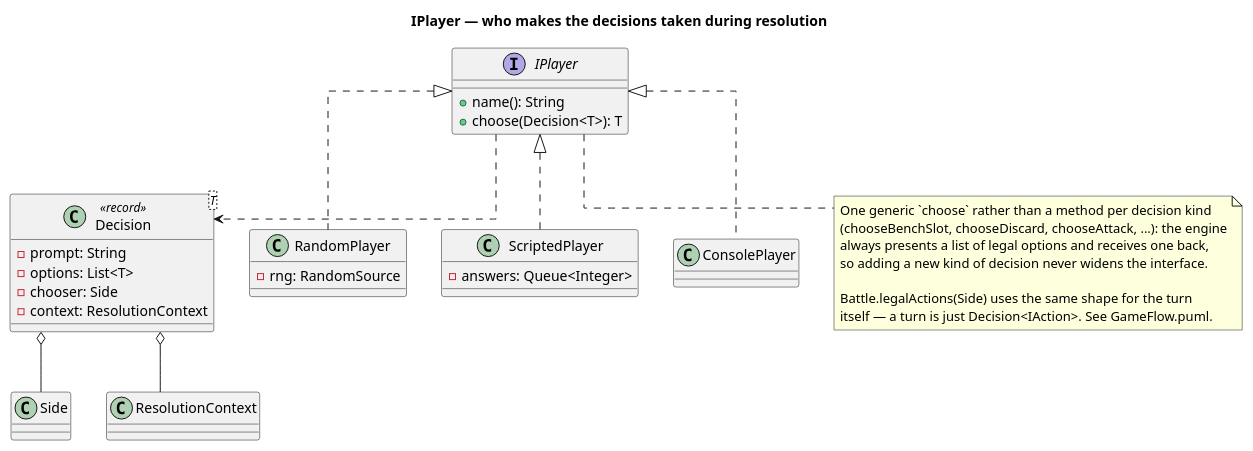
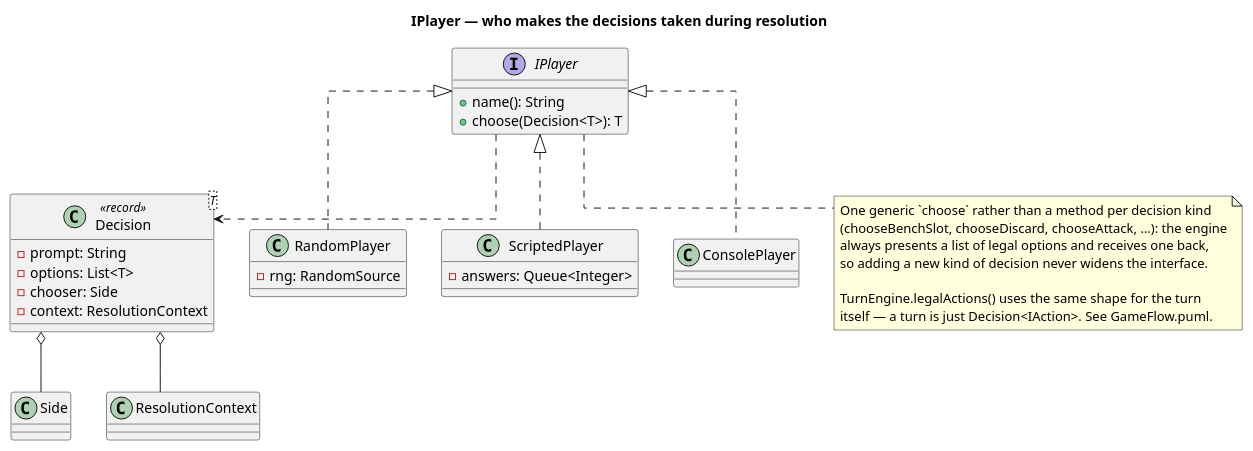
One commit to Richie-Moon/TCGPocketBattler changed the diagram in docs/UML/IPlayer.puml. Above: the diagram before and after it, drawn with PlantUML. The commit also changed 21 other files, not shown here.

First line of the commit message:
feat(engine): Added TurnEngine and discard of the whole evolution stack

```diff
--- a/docs/UML/IPlayer.puml
+++ b/docs/UML/IPlayer.puml
@@ -1,54 +1,54 @@
 @startuml
 title IPlayer — who makes the decisions taken during resolution
 
 skinparam linetype ortho
 
 /'
   Several things cannot be decided when a card is constructed, only when it
   resolves: ChoiceAction picks a branch, ChosenFrom picks a bench slot, a
   knockout forces a replacement active. All of them route through here.
 '/
 
 interface IPlayer {
     + name(): String
     + choose(Decision<T>): T
 }
 
 class "Decision<T>" as Decision <<record>> {
     - prompt: String
     - options: List<T>
     /' Not always the controller — plenty of cards make the OPPONENT choose. '/
     - chooser: Side
     - context: ResolutionContext
 }
 
 /' Picks uniformly from a seeded RandomSource. Self-play, fuzzing, and a
    baseline to measure any real AI against. '/
 class RandomPlayer implements IPlayer {
     - rng: RandomSource
 }
 
 /' Replays a fixed list of answers, failing loudly if the game asks a question
    the script did not anticipate. This is what makes rule tests deterministic
    and readable. '/
 class ScriptedPlayer implements IPlayer {
     - answers: Queue<Integer>
 }
 
 class ConsolePlayer implements IPlayer {}
 
 IPlayer ..> Decision
 Decision o-- Side
 Decision o-- ResolutionContext
 
 note bottom of IPlayer
   One generic `choose` rather than a method per decision kind
   (chooseBenchSlot, chooseDiscard, chooseAttack, ...): the engine
   always presents a list of legal options and receives one back,
   so adding a new kind of decision never widens the interface.
 
-  Battle.legalActions(Side) uses the same shape for the turn
+  TurnEngine.legalActions() uses the same shape for the turn
   itself — a turn is just Decision<IAction>. See GameFlow.puml.
 end note
 
 @enduml
```
